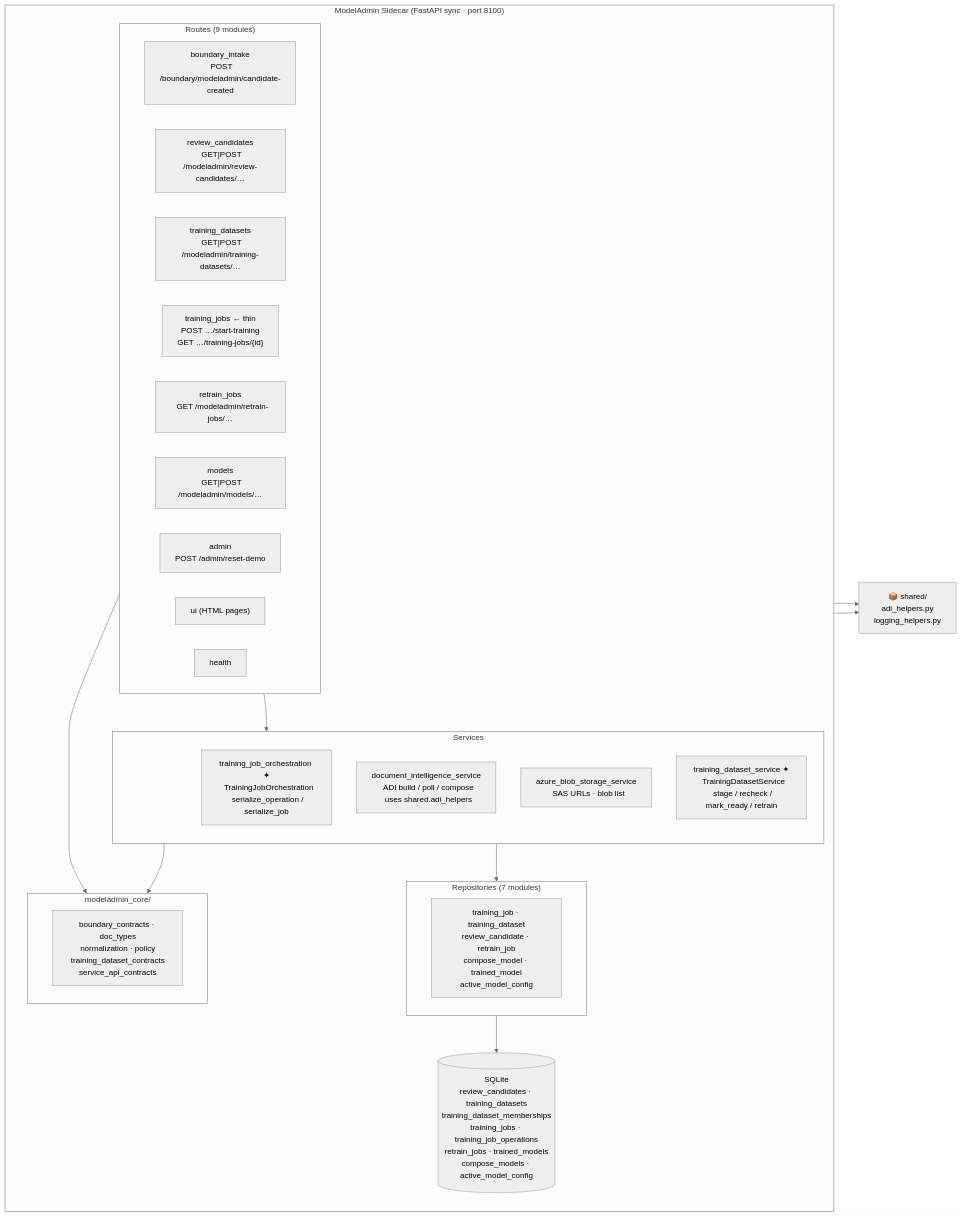
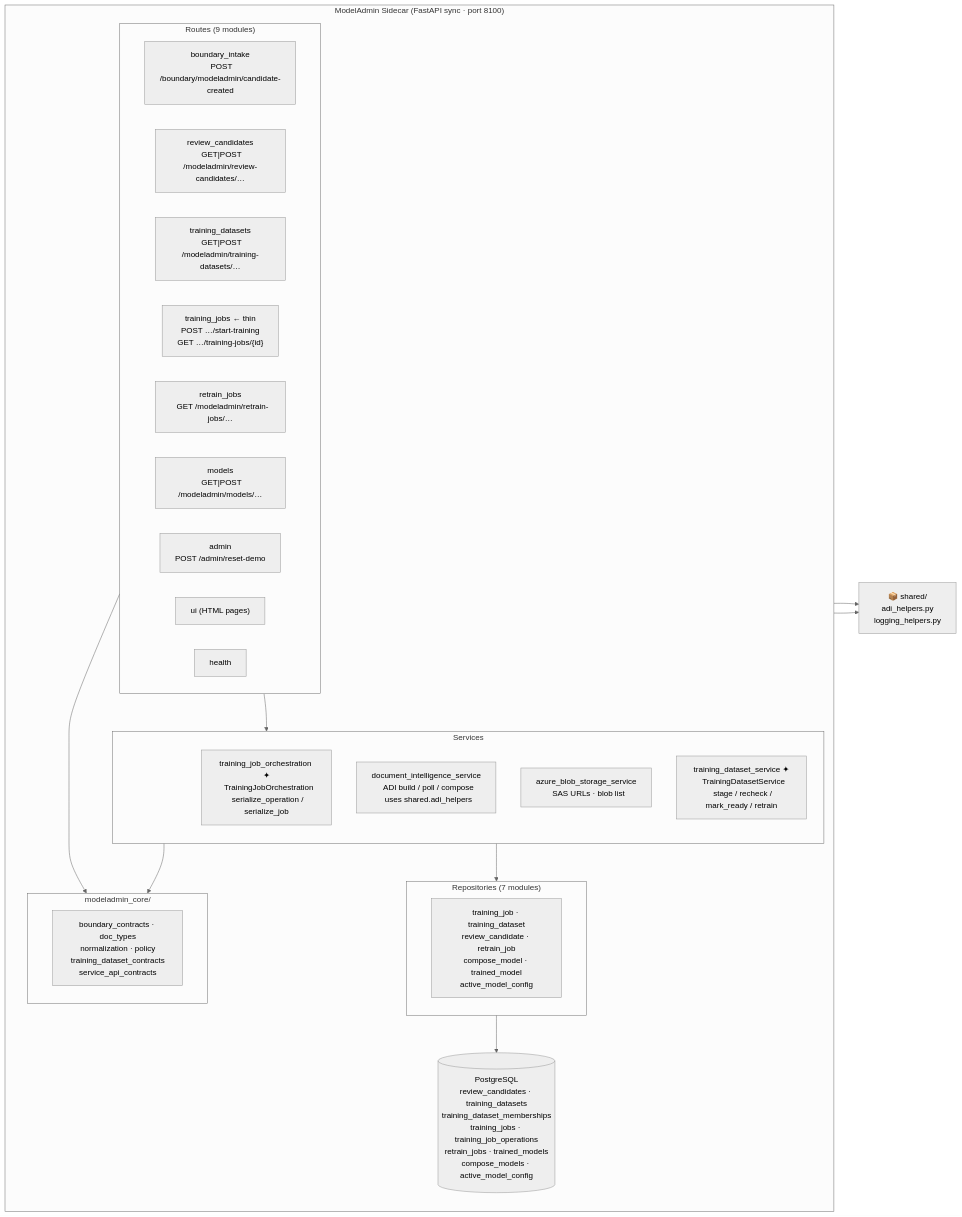
The third of 8 diagrams in docs/ARCHITECTURE.md (southworks/mlops-document-intelligence), drawn with Mermaid (neutral theme) before and after one commit. The commit also changed other lines of this file and 22 other files, not shown here.

````diff
--- a/docs/ARCHITECTURE.md
+++ b/docs/ARCHITECTURE.md
@@ -104,45 +103,45 @@
 ```mermaid
 graph LR
     subgraph sidecar["ModelAdmin Sidecar  (FastAPI sync · port 8100)"]
         direction TB
 
         subgraph routes["Routes (9 modules)"]
             R1["boundary_intake\n  POST /boundary/modeladmin/candidate-created"]
             R2["review_candidates\n  GET|POST /modeladmin/review-candidates/…"]
             R3["training_datasets\n  GET|POST /modeladmin/training-datasets/…"]
             R4["training_jobs ← thin\n  POST …/start-training\n  GET …/training-jobs/{id}"]
             R5["retrain_jobs\n  GET /modeladmin/retrain-jobs/…"]
             R6["models\n  GET|POST /modeladmin/models/…"]
             R7["admin\n  POST /admin/reset-demo"]
             R8["ui  (HTML pages)"]
             R9["health"]
         end
 
         subgraph services["Services"]
             SVC1["training_job_orchestration ✦\n  TrainingJobOrchestration\n  serialize_operation / serialize_job"]
             SVC2["document_intelligence_service\n  ADI build / poll / compose\n  uses shared.adi_helpers"]
             SVC3["azure_blob_storage_service\n  SAS URLs · blob list"]
             SVC4["training_dataset_service ✦\n  TrainingDatasetService\n  stage / recheck / mark_ready / retrain"]
         end
 
         subgraph repos["Repositories (7 modules)"]
             RP["training_job · training_dataset\nreview_candidate · retrain_job\ncompose_model · trained_model\nactive_model_config"]
         end
 
         subgraph core["modeladmin_core/"]
             MC["boundary_contracts · doc_types\nnormalization · policy\ntraining_dataset_contracts\nservice_api_contracts"]
         end
 
-        DB_M[("SQLite\nreview_candidates · training_datasets\ntraining_dataset_memberships\ntraining_jobs · training_job_operations\nretrain_jobs · trained_models\ncompose_models · active_model_config")]
+        DB_M[("PostgreSQL\nreview_candidates · training_datasets\ntraining_dataset_memberships\ntraining_jobs · training_job_operations\nretrain_jobs · trained_models\ncompose_models · active_model_config")]
 
         routes --> services
         routes --> core
         services --> repos
         services --> core
         repos --> DB_M
     end
 
     SHARED["📦 shared/\nadi_helpers.py\nlogging_helpers.py"]
     SVC2 --> SHARED
     SVC1 --> SHARED
 ```
````
